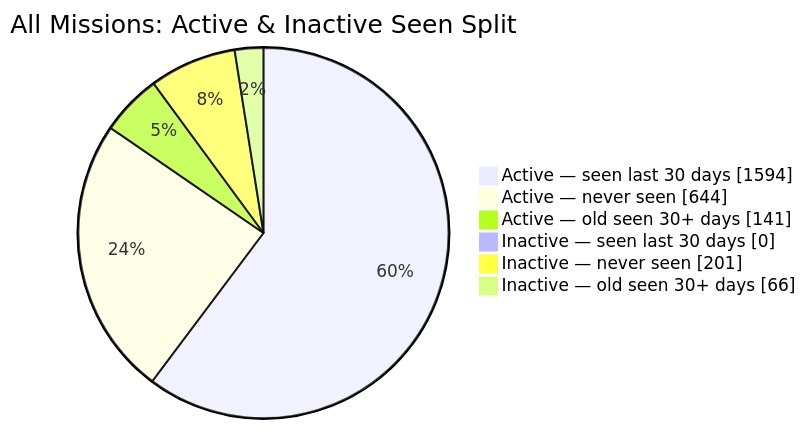
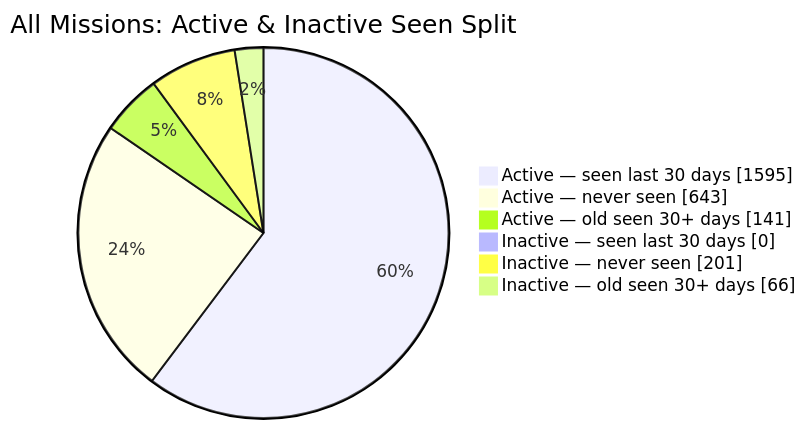
The second of 2 diagrams in README.md (MeldkamerspelGameTeam/active-missions), drawn with Mermaid before and after one commit. The commit also changed other lines of this file and 2 other files, not shown here.

````diff
--- a/README.md
+++ b/README.md
@@ -44,10 +44,10 @@
 ```mermaid
 pie showData
     title All Missions: Active & Inactive Seen Split
-    "Active — seen last 30 days" : 1594
-    "Active — never seen" : 644
+    "Active — seen last 30 days" : 1595
+    "Active — never seen" : 643
     "Active — old seen 30+ days" : 141
     "Inactive — seen last 30 days" : 0
     "Inactive — never seen" : 201
     "Inactive — old seen 30+ days" : 66
 ```
````
